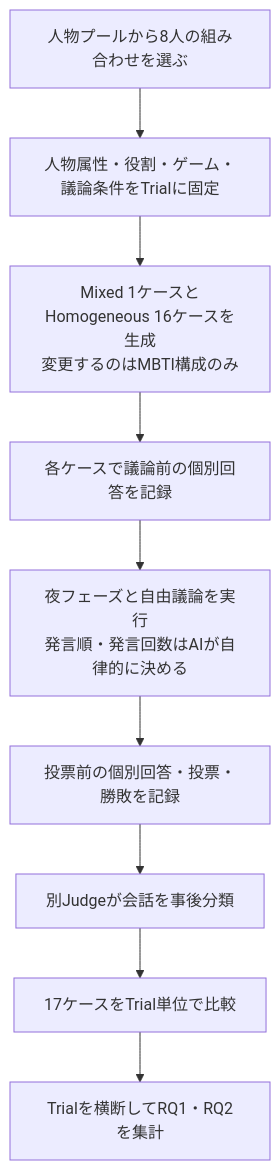
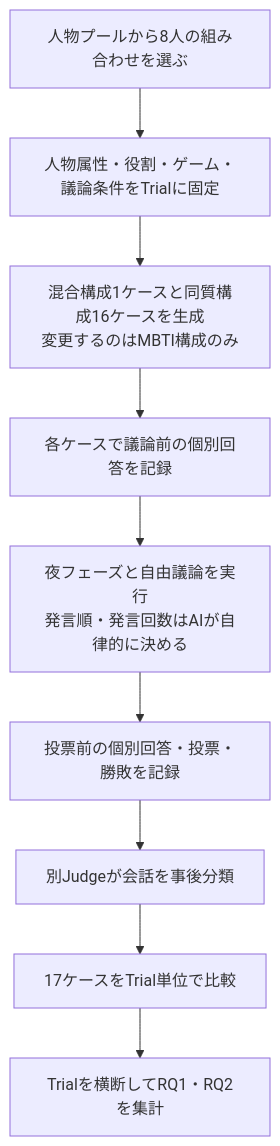
Before and after one commit to ziriss8120121/hackathon-test: the second of 2 diagrams in docs/requirements.md, drawn with Mermaid. The commit also changed other lines of this file, not shown here.

````diff
--- a/docs/requirements.md
+++ b/docs/requirements.md
@@ -87,11 +88,11 @@
 ```mermaid
 flowchart TD
     A["人物プールから8人の組み合わせを選ぶ"] --> B["人物属性・役割・ゲーム・議論条件をTrialに固定"]
-    B --> C["Mixed 1ケースとHomogeneous 16ケースを生成\n変更するのはMBTI構成のみ"]
+    B --> C["混合構成1ケースと同質構成16ケースを生成\n変更するのはMBTI構成のみ"]
     C --> D["各ケースで議論前の個別回答を記録"]
     D --> E["夜フェーズと自由議論を実行\n発言順・発言回数はAIが自律的に決める"]
     E --> F["投票前の個別回答・投票・勝敗を記録"]
     F --> G["別Judgeが会話を事後分類"]
     G --> H["17ケースをTrial単位で比較"]
     H --> I["Trialを横断してRQ1・RQ2を集計"]
 ```
````
